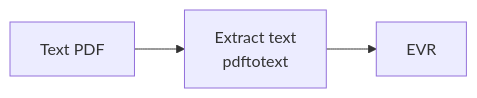
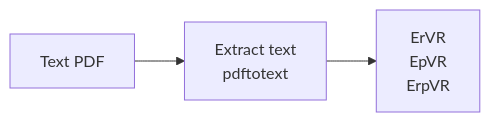
The fourth of 8 diagrams in workflow.md (mariogarcia-ar/docflow), drawn with Mermaid before and after one commit. The commit also changed other lines of this file, not shown here.

````diff
--- a/workflow.md
+++ b/workflow.md
@@ -152,4 +153,4 @@
 ```mermaid
 graph LR
-    A["Text PDF"] --> B["Extract text<br/>pdftotext"] --> C["EVR"]
+    A["Text PDF"] --> B["Extract text<br/>pdftotext"] --> C["ErVR<br/>EpVR<br/>ErpVR"]
 ```
````
